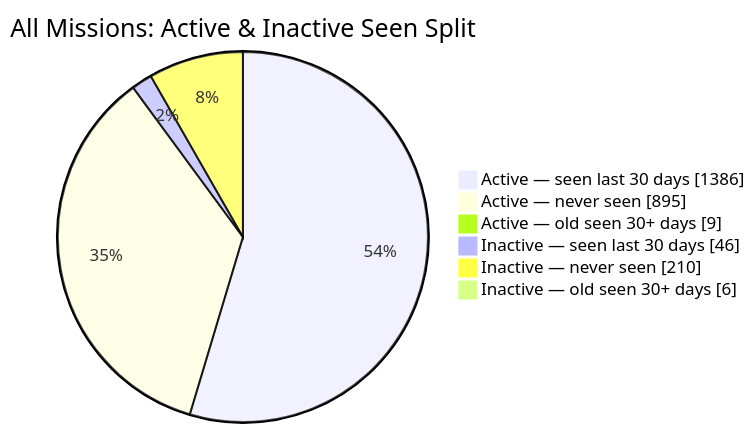
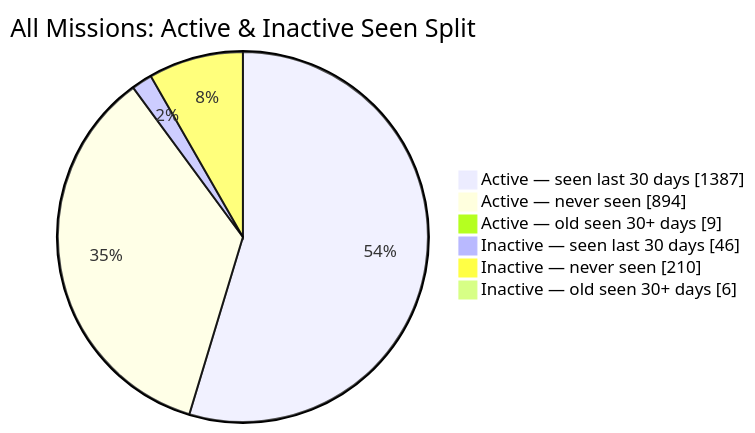
The second of 2 diagrams in README.md (MeldkamerspelGameTeam/active-missions), drawn with Mermaid before and after one commit. The commit also changed other lines of this file and 4 other files, not shown here.

````diff
--- a/README.md
+++ b/README.md
@@ -44,10 +44,10 @@
 ```mermaid
 pie showData
     title All Missions: Active & Inactive Seen Split
-    "Active — seen last 30 days" : 1386
-    "Active — never seen" : 895
+    "Active — seen last 30 days" : 1387
+    "Active — never seen" : 894
     "Active — old seen 30+ days" : 9
     "Inactive — seen last 30 days" : 46
     "Inactive — never seen" : 210
     "Inactive — old seen 30+ days" : 6
 ```
````
